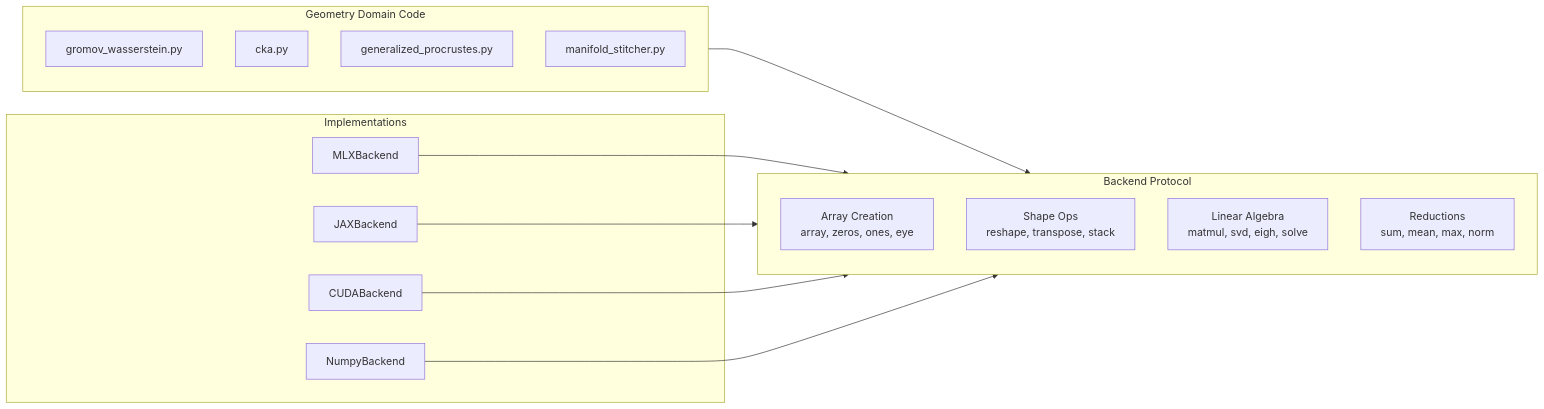
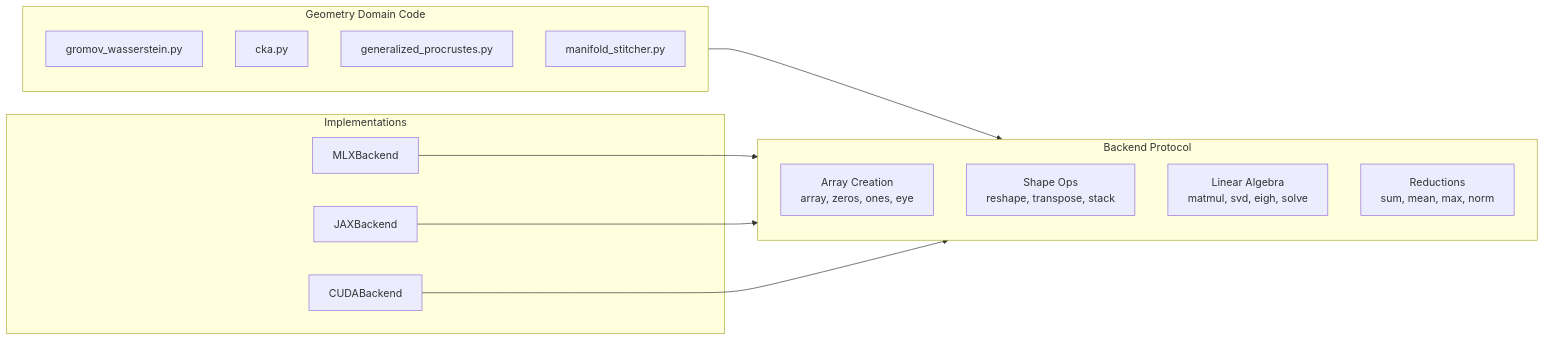
The second of 4 diagrams in docs/ARCHITECTURE.md (Ethyros-AI/ModelCypher), drawn with Mermaid before and after one commit. The commit also changed other lines of this file and 7 other files, not shown here.

````diff
--- a/docs/ARCHITECTURE.md
+++ b/docs/ARCHITECTURE.md
@@ -131,29 +130,27 @@
 ```mermaid
 flowchart LR
     subgraph GEOMETRY["Geometry Domain Code"]
         GW["gromov_wasserstein.py"]
         CKA["cka.py"]
         PROC["generalized_procrustes.py"]
         MANI["manifold_stitcher.py"]
     end
 
     subgraph PROTOCOL["Backend Protocol"]
         ARRAY["Array Creation<br/>array, zeros, ones, eye"]
         SHAPE["Shape Ops<br/>reshape, transpose, stack"]
         LINALG["Linear Algebra<br/>matmul, svd, eigh, solve"]
         REDUCE["Reductions<br/>sum, mean, max, norm"]
     end
 
     subgraph IMPLS["Implementations"]
         MLX["MLXBackend"]
         JAX["JAXBackend"]
         CUDA["CUDABackend"]
-        NP["NumpyBackend"]
     end
 
     GEOMETRY --> PROTOCOL
     MLX --> PROTOCOL
     JAX --> PROTOCOL
     CUDA --> PROTOCOL
-    NP --> PROTOCOL
 ```
````
